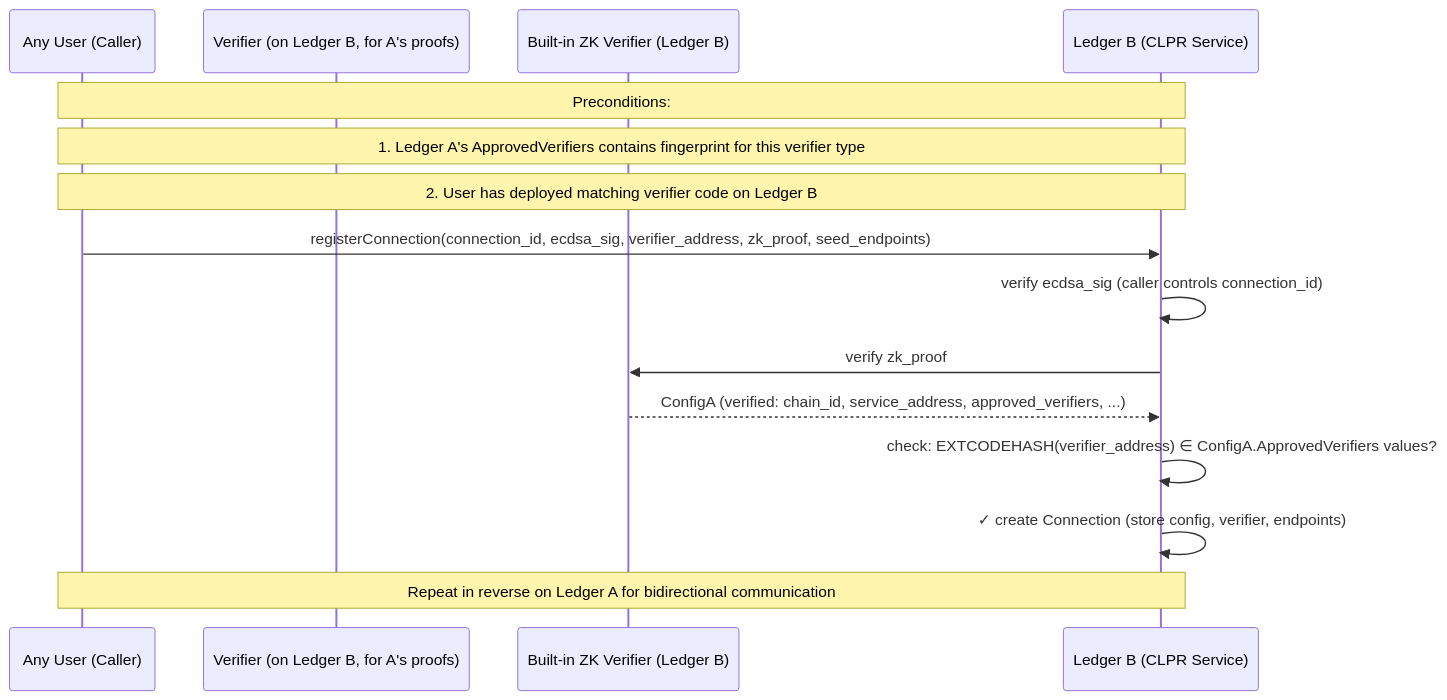
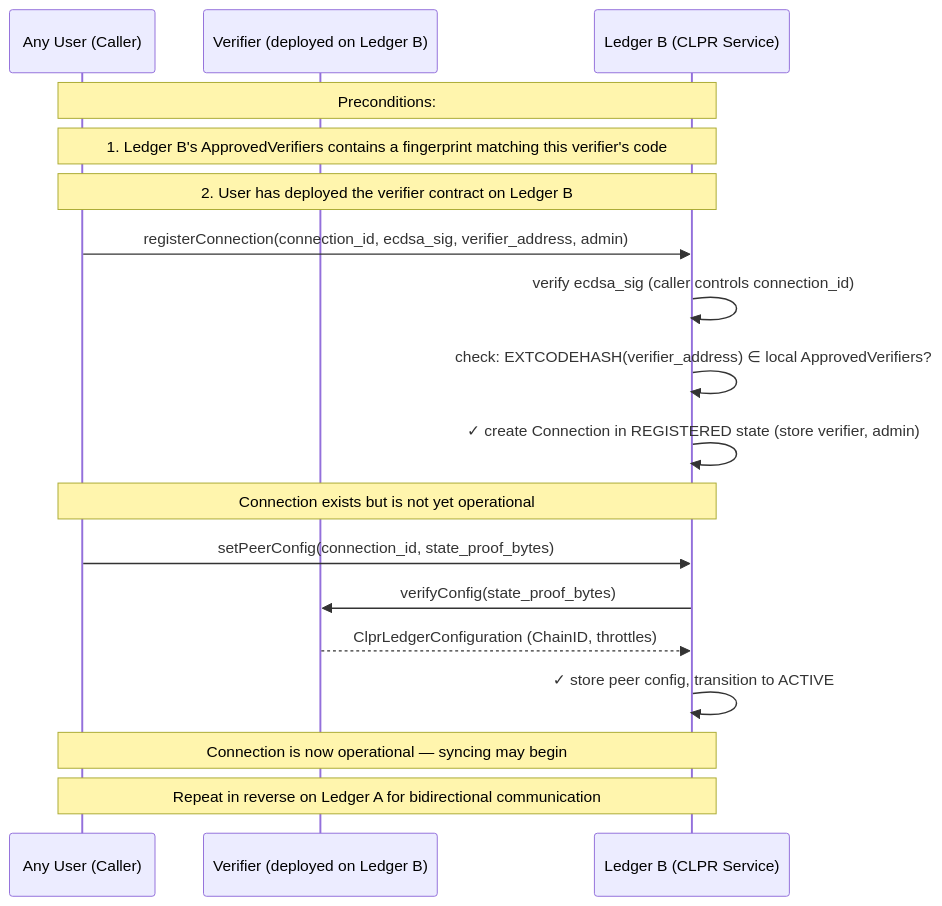
The first of 5 diagrams in hedera-node/docs/design/services/clpr-service/clpr-service.md (hiero-ledger/hiero-consensus-node), drawn with Mermaid before and after one commit. The commit also changed other lines of this file and 5 other files, not shown here.

````diff
--- a/hedera-node/docs/design/services/clpr-service/clpr-service.md
+++ b/hedera-node/docs/design/services/clpr-service/clpr-service.md
@@ -390,20 +408,25 @@
 ```mermaid
 sequenceDiagram
     participant User as Any User (Caller)
-    participant VA as Verifier (on Ledger B, for A's proofs)
-    participant ZK as Built-in ZK Verifier (Ledger B)
+    participant VA as Verifier (deployed on Ledger B)
     participant LB as Ledger B (CLPR Service)
 
     Note over User,LB: Preconditions:
-    Note over User,LB: 1. Ledger A's ApprovedVerifiers contains fingerprint for this verifier type
-    Note over User,LB: 2. User has deployed matching verifier code on Ledger B
+    Note over User,LB: 1. Ledger B's ApprovedVerifiers contains a fingerprint matching this verifier's code
+    Note over User,LB: 2. User has deployed the verifier contract on Ledger B
 
-    User->>LB: registerConnection(connection_id, ecdsa_sig, verifier_address, zk_proof, seed_endpoints)
+    User->>LB: registerConnection(connection_id, ecdsa_sig, verifier_address, admin)
     LB->>LB: verify ecdsa_sig (caller controls connection_id)
-    LB->>ZK: verify zk_proof
-    ZK-->>LB: ConfigA (verified: chain_id, service_address, approved_verifiers, ...)
-    LB->>LB: check: EXTCODEHASH(verifier_address) ∈ ConfigA.ApprovedVerifiers values?
-    LB->>LB: ✓ create Connection (store config, verifier, endpoints)
+    LB->>LB: check: EXTCODEHASH(verifier_address) ∈ local ApprovedVerifiers?
+    LB->>LB: ✓ create Connection in REGISTERED state (store verifier, admin)
 
+    Note over User,LB: Connection exists but is not yet operational
+
+    User->>LB: setPeerConfig(connection_id, state_proof_bytes)
+    LB->>VA: verifyConfig(state_proof_bytes)
+    VA-->>LB: ClprLedgerConfiguration (ChainID, throttles)
+    LB->>LB: ✓ store peer config, transition to ACTIVE
+
+    Note over User,LB: Connection is now operational — syncing may begin
     Note over User,LB: Repeat in reverse on Ledger A for bidirectional communication
 ```
````
